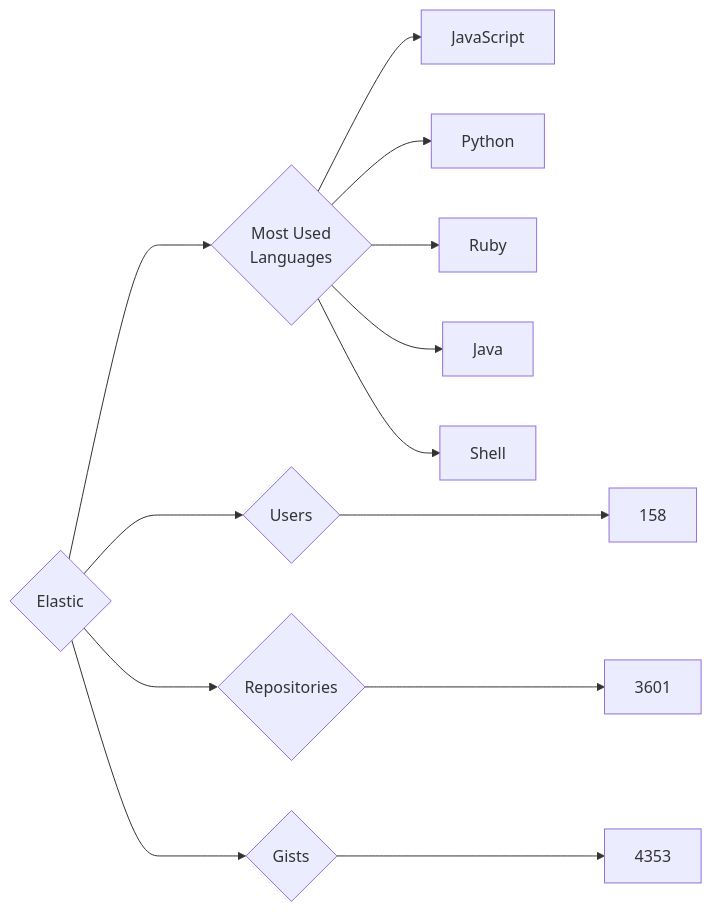
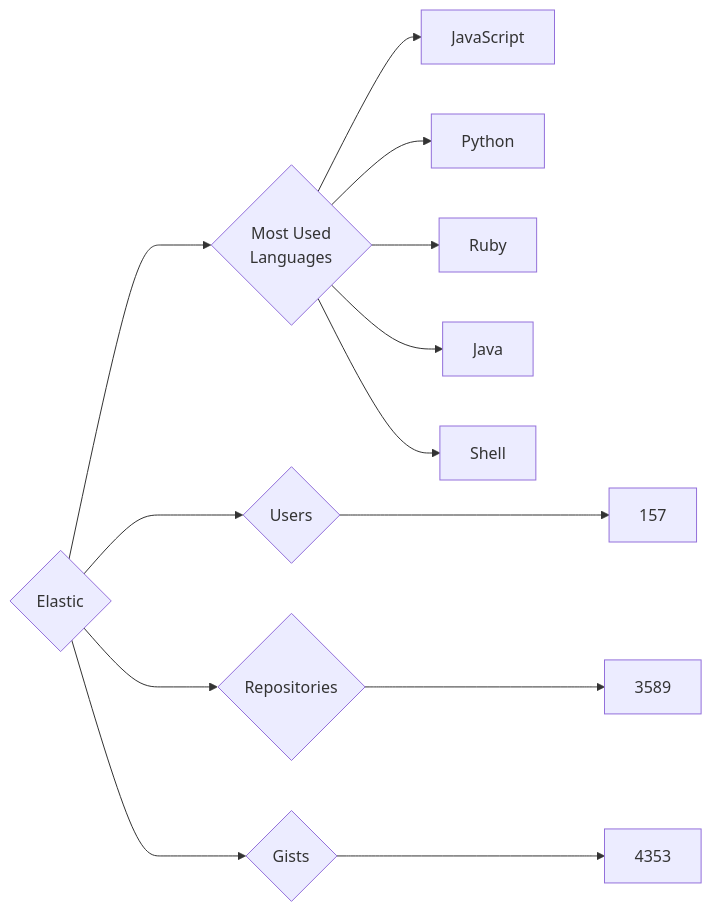
The diagram in targets/Elastic/README.md (trickest/insiders), drawn with Mermaid before and after one commit. The commit also changed 777 other files, not shown here.

````diff
--- a/targets/Elastic/README.md
+++ b/targets/Elastic/README.md
@@ -3,13 +3,13 @@
 ```mermaid
 graph LR
 COMPANY_NAME{Elastic}
-COMPANY_NAME ---> U{Users} ---> UN[158]
-COMPANY_NAME ---> R{Repositories} ---> RN[3601]
+COMPANY_NAME ---> U{Users} ---> UN[157]
+COMPANY_NAME ---> R{Repositories} ---> RN[3589]
 COMPANY_NAME ---> G{Gists} ---> GN[4353]
 COMPANY_NAME ---> ML{Most Used<br>Languages}
 ML --> JavaScript[JavaScript]
 ML --> Python[Python]
 ML --> Ruby[Ruby]
 ML --> Java[Java]
 ML --> Shell[Shell]
 ```
````
